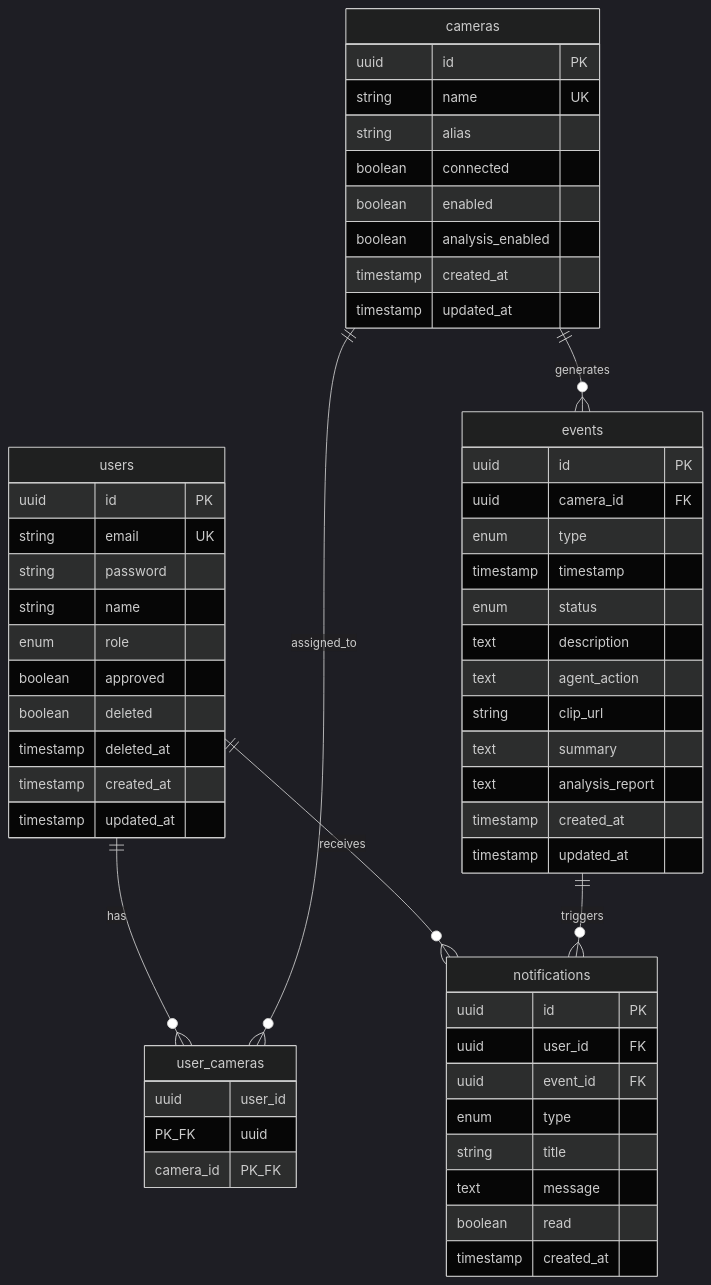
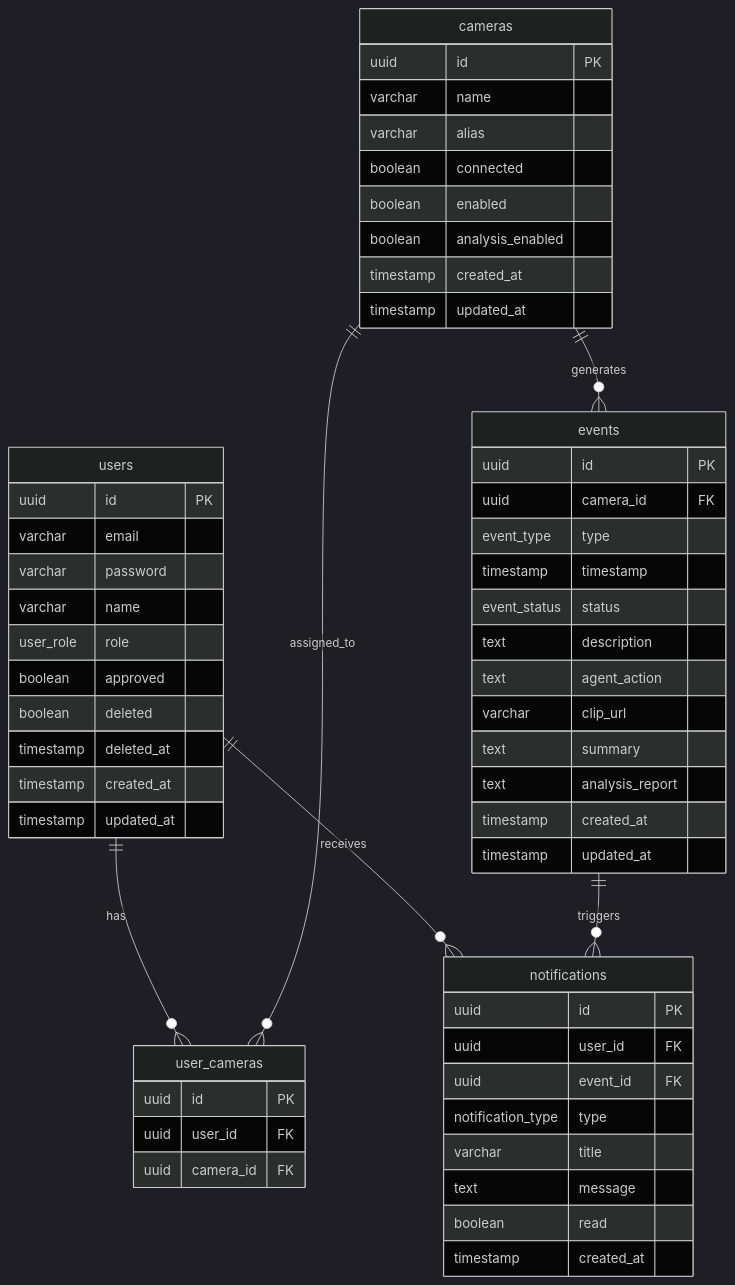
Before and after one commit to AIX-01/aegis-frontend: the diagram in docs/DATA-MODEL.md, drawn with Mermaid (dark theme). The commit also changed other lines of this file, not shown here.

Commit message:
docs: DATA-MODEL.md 동기화 - user_cameras 테이블 스키마 변경 반영 - 복합키 → 단일 UUID PK + 유니크 제약조건

````diff
--- a/docs/DATA-MODEL.md
+++ b/docs/DATA-MODEL.md
@@ -9,63 +9,64 @@
 ```mermaid
 erDiagram
     users ||--o{ user_cameras : has
     users ||--o{ notifications : receives
     cameras ||--o{ user_cameras : assigned_to
     cameras ||--o{ events : generates
     events ||--o{ notifications : triggers
 
     users {
         uuid id PK
-        string email UK
-        string password
-        string name
-        enum role
+        varchar email
+        varchar password
+        varchar name
+        user_role role
         boolean approved
         boolean deleted
         timestamp deleted_at
         timestamp created_at
         timestamp updated_at
     }
 
     cameras {
         uuid id PK
-        string name UK
-        string alias
+        varchar name
+        varchar alias
         boolean connected
         boolean enabled
         boolean analysis_enabled
         timestamp created_at
         timestamp updated_at
     }
 
     user_cameras {
-        uuid user_id PK_FK
-        uuid camera_id PK_FK
+        uuid id PK
+        uuid user_id FK
+        uuid camera_id FK
     }
 
     events {
         uuid id PK
         uuid camera_id FK
-        enum type
+        event_type type
         timestamp timestamp
-        enum status
+        event_status status
         text description
         text agent_action
-        string clip_url
+        varchar clip_url
         text summary
         text analysis_report
         timestamp created_at
         timestamp updated_at
     }
 
     notifications {
         uuid id PK
         uuid user_id FK
         uuid event_id FK
-        enum type
-        string title
+        notification_type type
+        varchar title
         text message
         boolean read
         timestamp created_at
     }
 ```
````
